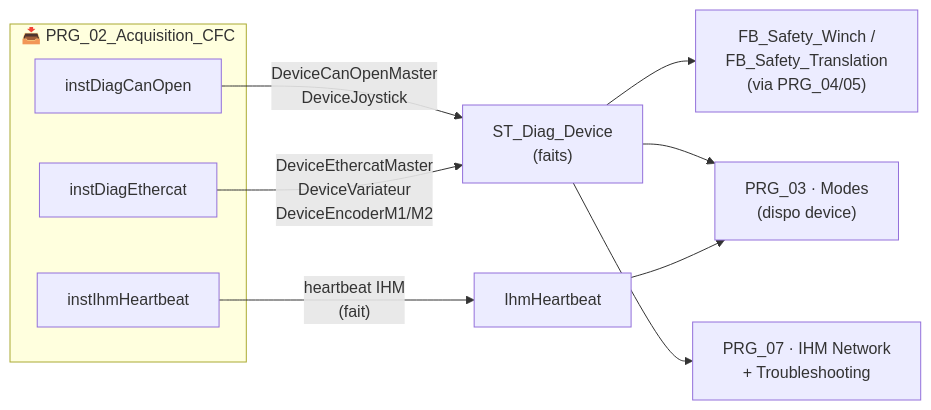
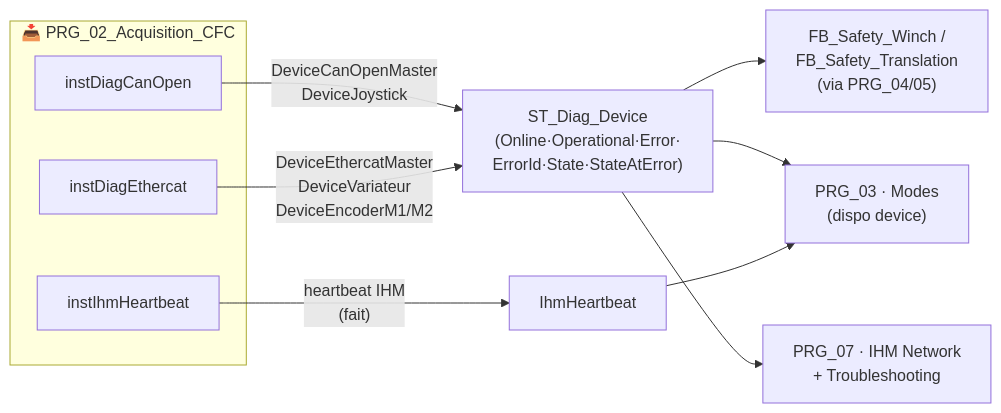
Before and after one commit to MatGros/2026_Projet_YGO_ExcavatriceDragage: the fourth of 7 diagrams in DOC/AUDITS/Architecture/DIAGRAMME_ARCHITECTURE_CFC_TARGET.md, drawn with Mermaid. The commit also changed other lines of this file, not shown here.

Commit message:
DOC: diagramme - precision responsables (SEL), DeadmanArmed hors DUT, ST_Diag_Device par device, etat AU via ST_HwMachine + sommaire DUT

````diff
--- a/DOC/AUDITS/Architecture/DIAGRAMME_ARCHITECTURE_CFC_TARGET.md
+++ b/DOC/AUDITS/Architecture/DIAGRAMME_ARCHITECTURE_CFC_TARGET.md
@@ -151,15 +153,15 @@
 ```mermaid
 flowchart LR
     subgraph ACQ["📥 PRG_02_Acquisition_CFC"]
         CAN["instDiagCanOpen"]
         ETH["instDiagEthercat"]
         HBT["instIhmHeartbeat"]
     end
-    CAN -->|"DeviceCanOpenMaster<br/>DeviceJoystick"| DD["ST_Diag_Device<br/>(faits)"]
+    CAN -->|"DeviceCanOpenMaster<br/>DeviceJoystick"| DD["ST_Diag_Device<br/>(Online·Operational·Error·<br/>ErrorId·State·StateAtError)"]
     ETH -->|"DeviceEthercatMaster<br/>DeviceVariateur<br/>DeviceEncoderM1/M2"| DD
     HBT -->|"heartbeat IHM<br/>(fait)"| HB["IhmHeartbeat"]
     DD --> SAF["FB_Safety_Winch /<br/>FB_Safety_Translation<br/>(via PRG_04/05)"]
     DD --> MOD["PRG_03 · Modes<br/>(dispo device)"]
     DD --> IHM["PRG_07 · IHM Network<br/>+ Troubleshooting"]
     HB --> MOD
 ```
````
